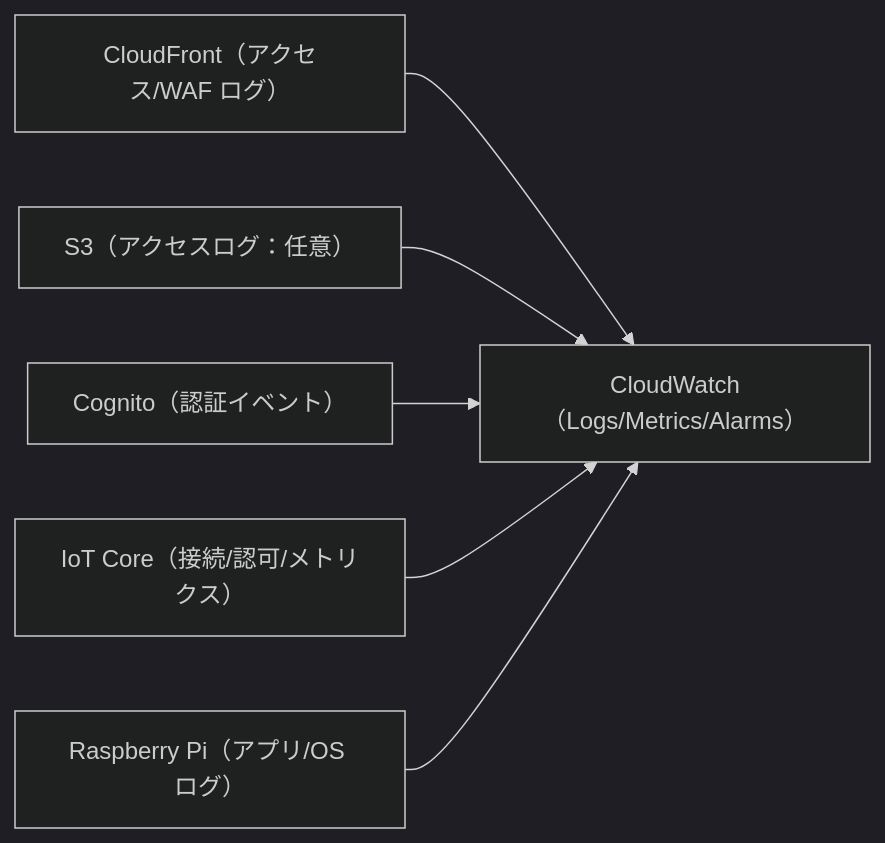
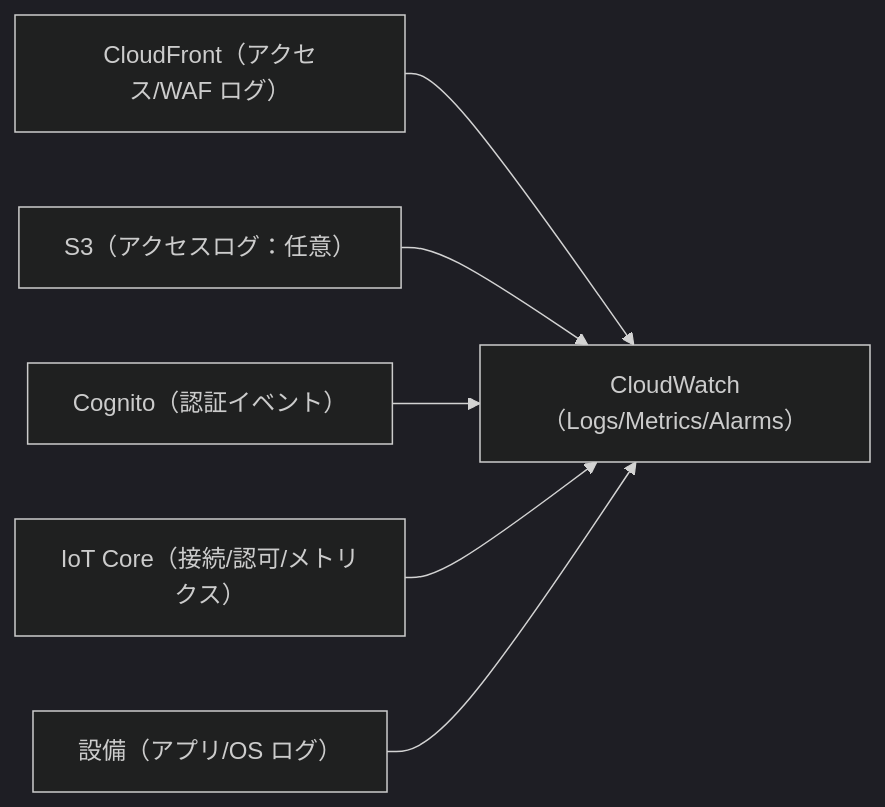
One commit to satorunnlg/iot-gateway-net changed the fifth of 5 diagrams in README.md. Above: the diagram before and after it, drawn with Mermaid (dark theme). The commit also changed other lines of this file, not shown here.

````diff
--- a/README.md
+++ b/README.md
@@ -200,8 +202,8 @@
 ```mermaid
 flowchart LR
-    CF["CloudFront（アクセス/WAF ログ）"] --> CW["CloudWatch（Logs/Metrics/Alarms）"]
-    S3["S3（アクセスログ：任意）"] --> CW
-    Cg["Cognito（認証イベント）"] --> CW
-    IoT["IoT Core（接続/認可/メトリクス）"] --> CW
-    R["Raspberry Pi（アプリ/OS ログ）"] --> CW
+  CF[CloudFront（アクセス/WAF ログ）] --> CW[CloudWatch（Logs/Metrics/Alarms）]
+  S3[S3（アクセスログ：任意）] --> CW
+  Cg[Cognito（認証イベント）] --> CW
+  IoT[IoT Core（接続/認可/メトリクス）] --> CW
+  R[設備（アプリ/OS ログ）] --> CW
 ```
````
